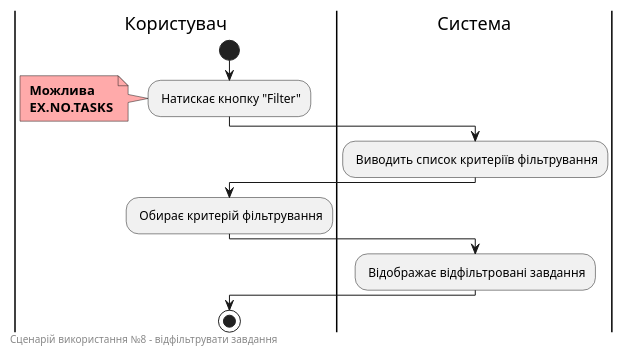
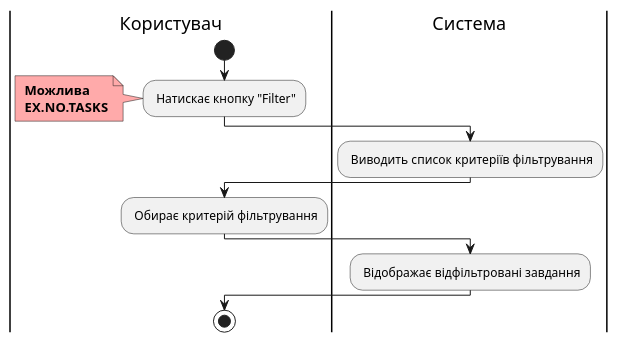
One commit to edu-db/edu_db_labs changed diagram 12 of 15 in docs/use cases/README.md. Above: the diagram before and after it, drawn with PlantUML. The commit also changed other lines of this file and 1 other file, not shown here.

```diff
--- a/docs/use cases/README.md
+++ b/docs/use cases/README.md
@@ -495,28 +545,24 @@
 @startuml
 
     |Користувач|
         start
         : Натискає кнопку "Filter";
         note left #ffaaaa
         <b> Можлива
         <b> EX.NO.TASKS
         end note
 
     |Система|
         : Виводить список критеріїв фільтрування;
 
     |Користувач|
         : Обирає критерій фільтрування;
         
 
     |Система|
         : Відображає відфільтровані завдання;
   
     |Користувач|
         stop;
 
-    left footer
-        Сценарій використання №8 - відфільтрувати завдання
-    end footer
-
 @enduml
```
